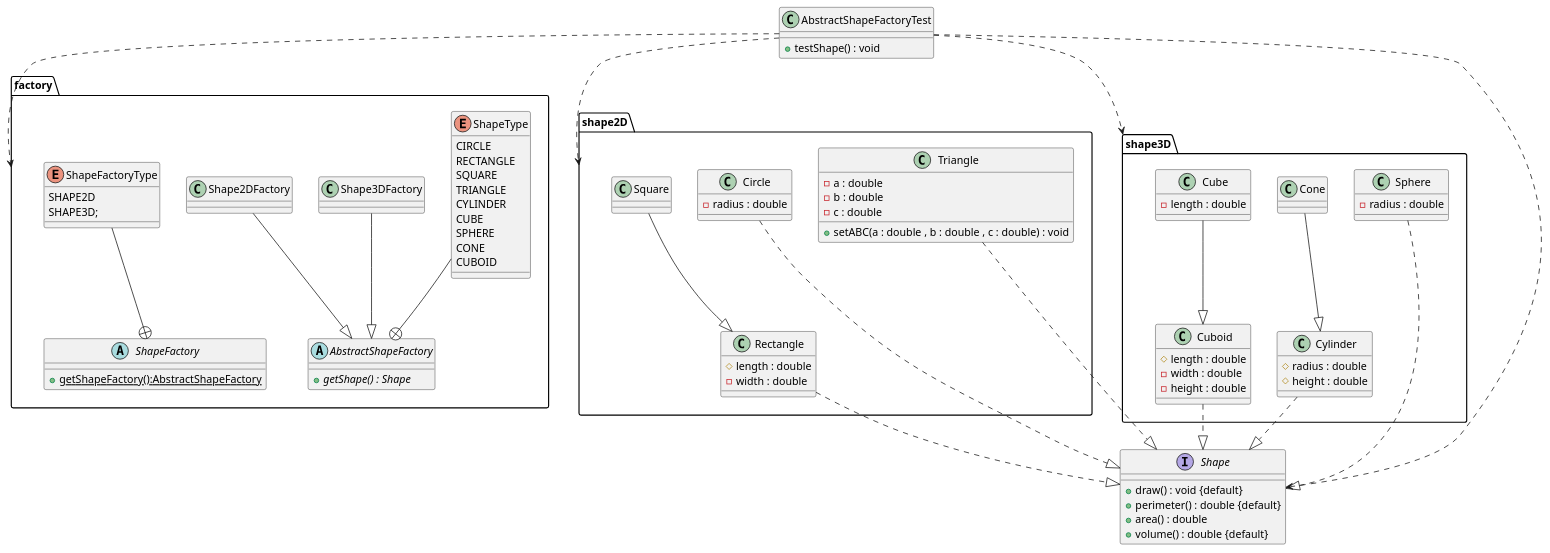
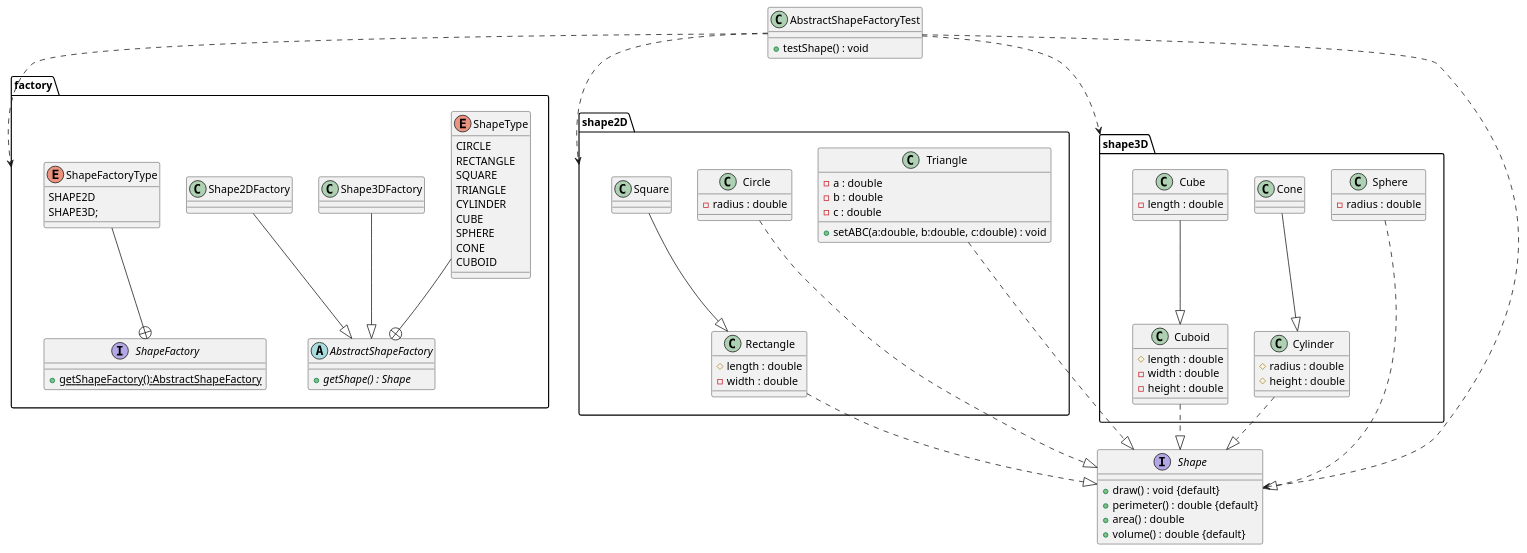
Before and after one commit to reza-hdrm/DesignPatterns: the diagram in src/main/java/com/rezahdrm/creational/abstractfactory/abstractFactoryUML.puml, drawn with PlantUML. The commit also changed 38 other files, not shown here.

Commit message:
Some Changed in README.md and UML Files and etc

```diff
--- a/src/main/java/com/rezahdrm/creational/abstractfactory/abstractFactoryUML.puml
+++ b/src/main/java/com/rezahdrm/creational/abstractfactory/abstractFactoryUML.puml
@@ -1,113 +1,113 @@
 @startuml
 package factory {
-    abstract class AbstractShapeFactory{
+    abstract class AbstractShapeFactory {
         + {abstract} getShape() : Shape
     }
 
-    enum ShapeType{
+    enum ShapeType {
         CIRCLE
         RECTANGLE
         SQUARE
         TRIANGLE
         CYLINDER
         CUBE
         SPHERE
         CONE
         CUBOID
     }
     class Shape3DFactory{
 
     }
-    class Shape2DFactory{
+    class Shape2DFactory {
 
     }
 
-    abstract class ShapeFactory{
+    interface ShapeFactory {
         + {static} getShapeFactory():AbstractShapeFactory
     }
 
-    enum ShapeFactoryType{
+    enum ShapeFactoryType {
         SHAPE2D
         SHAPE3D;
     }
 
     ShapeType --+ AbstractShapeFactory
     Shape3DFactory --|>AbstractShapeFactory
     Shape2DFactory --|>AbstractShapeFactory
     ShapeFactoryType --+ ShapeFactory
 }
 interface Shape{
     + draw() : void {default}
     + perimeter() : double {default}
     + area() : double
     + volume() : double {default}
 }
 package shape2D{
     class Circle{
     - radius : double
     }
 
     class Rectangle{
     # length : double
     - width : double
     }
 
     class Square{
 
     }
     class Triangle{
         - a : double
         - b : double
         - c : double
 
-        + setABC(a : double , b : double , c : double) : void
+        + setABC(a:double, b:double, c:double) : void
     }
 
     Circle ..|> Shape
     Rectangle ..|> Shape
     Square --|> Rectangle
     Triangle ..|> Shape
 }
 
 package shape3D{
 
     class Cone{
 
     }
 
     class Cube{
         - length : double
     }
 
     class Cuboid{
         # length : double
         - width : double
         - height : double
     }
 
     class Cylinder{
         # radius : double
         # height : double
     }
 
     class Sphere{
         - radius : double
     }
 
     Cone --|> Cylinder
     Cube --|> Cuboid
     Cuboid ..|> Shape
     Cylinder ..|> Shape
     Sphere ..|> Shape
 
 }
 
 class AbstractShapeFactoryTest{
     + testShape() : void
 }
 
 AbstractShapeFactoryTest ..> factory
 AbstractShapeFactoryTest ..> shape2D
 AbstractShapeFactoryTest ..> shape3D
 AbstractShapeFactoryTest ..> Shape
 @enduml
```
